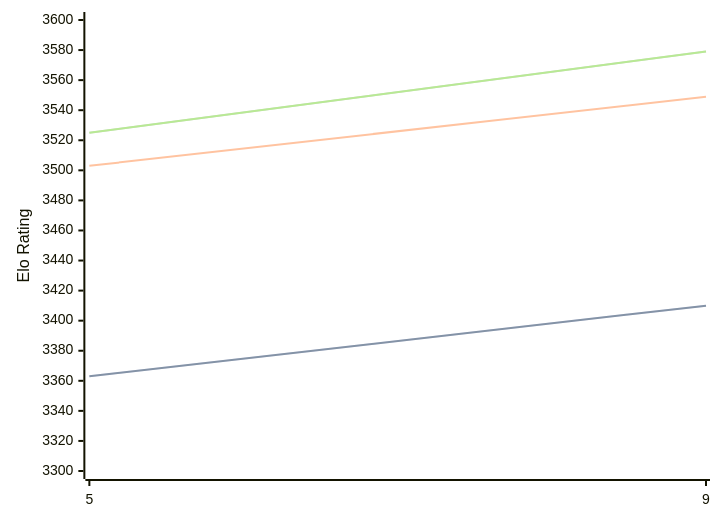
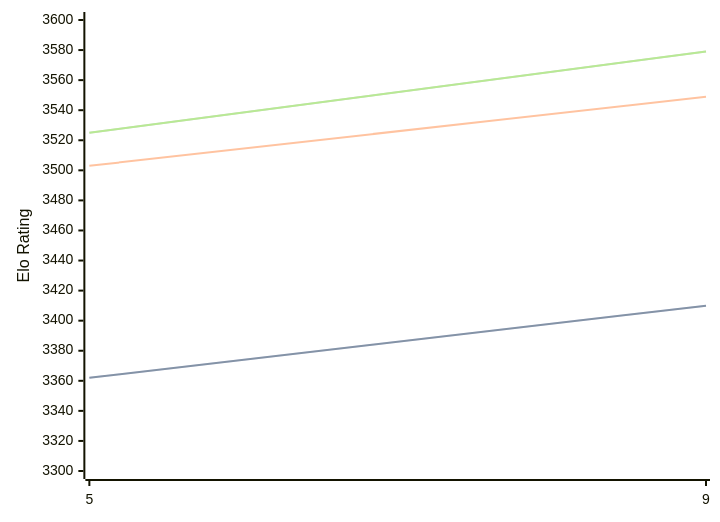
The diagram in engines/Crystal.md (computer-chess-index/cci), drawn with Mermaid before and after one commit. The commit also changed other lines of this file, not shown here.

````diff
--- a/engines/Crystal.md
+++ b/engines/Crystal.md
@@ -60,11 +60,11 @@
 ```mermaid
 %%{init: {"theme":"base","themeVariables":{"seriesColors:['#a3a3a3','#222221','#faa371']}}}%%
 xychart-beta
   x-axis ["5", "9"]
   y-axis "Elo Rating" 3300 --> 3600
-  line "STC (8.0+0.08s)" [3363, 3410]
-  line "STC (8.0+0.08s)" [3363, 3410]
+  line "STC (8.0+0.08s)" [3362, 3410]
+  line "STC (8.0+0.08s)" [3362, 3410]
   line "LTC (60.0+0.60s)" [3503, 3549]
   line "VLTC (2m24s+1.12s)" [3525, 3579]
   line "VLTC (2m24s+1.12s)" [3525, 3579]
 ```
````
